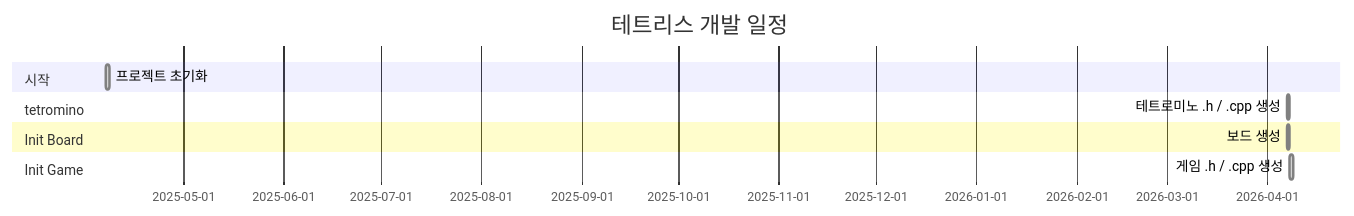
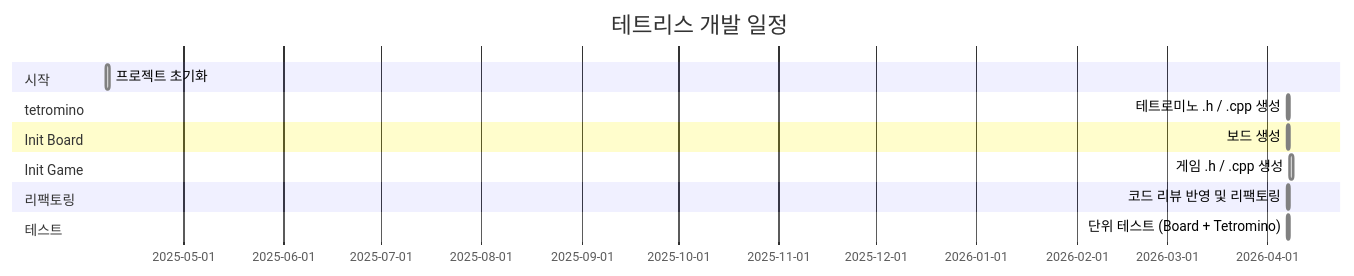
One commit to Chance031/Tetris-cpp changed the diagram in README.md. Above: the diagram before and after it, drawn with Mermaid. The commit also changed other lines of this file, not shown here.

Commit message:
Update Gantt chart and checklist in README

````diff
--- a/README.md
+++ b/README.md
@@ -27,13 +27,17 @@
 ```mermaid
 gantt
-    title 테트리스 개발 일정
-    dateFormat YYYY-MM-DD
-    section 시작
-        프로젝트 초기화 :done, init, 2025-04-07, 1d
-    section tetromino
-        테트로미노 .h / .cpp 생성 :done, t16803, 2026-04-07, 1d
-    section Init Board
-        보드 생성 :done, t84048, 2026-04-07, 1d
-    section Init Game
-        게임 .h / .cpp 생성 :done, t91896, 2026-04-08, 1d
+ title 테트리스 개발 일정
+ dateFormat YYYY-MM-DD
+ section 시작
+ 프로젝트 초기화 :done, init, 2025-04-07, 1d
+ section tetromino
+ 테트로미노 .h / .cpp 생성 :done, t16803, 2026-04-07, 1d
+ section Init Board
+ 보드 생성 :done, t84048, 2026-04-07, 1d
+ section Init Game
+ 게임 .h / .cpp 생성 :done, t91896, 2026-04-08, 1d
+ section 리팩토링
+ 코드 리뷰 반영 및 리팩토링 :done, refactor, 2026-04-07, 1d
+ section 테스트
+ 단위 테스트 (Board + Tetromino) :done, test, 2026-04-07, 1d
 ```
````
